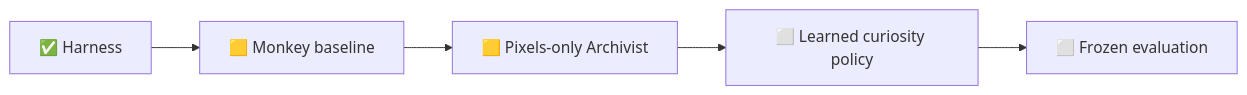
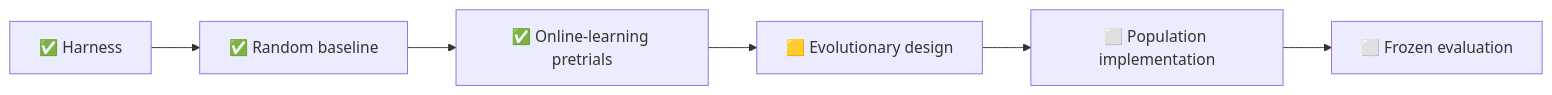
The first of 2 diagrams in docs/index.md (PeteAndrews1289/pokemon-red-ai), drawn with Mermaid before and after one commit. The commit also changed other lines of this file and 15 other files, not shown here.

Commit message:
Design neuroevolution successor to random baseline

````diff
--- a/docs/index.md
+++ b/docs/index.md
@@ -38,7 +39,8 @@
 ```mermaid
 flowchart LR
-    A["✅ Harness"] --> B["🟨 Monkey baseline"]
-    B --> C["🟨 Pixels-only Archivist"]
-    C --> D["⬜ Learned curiosity policy"]
-    D --> E["⬜ Frozen evaluation"]
+    A["✅ Harness"] --> B["✅ Random baseline"]
+    B --> C["✅ Online-learning pretrials"]
+    C --> D["🟨 Evolutionary design"]
+    D --> E["⬜ Population implementation"]
+    E --> F["⬜ Frozen evaluation"]
 ```
````
